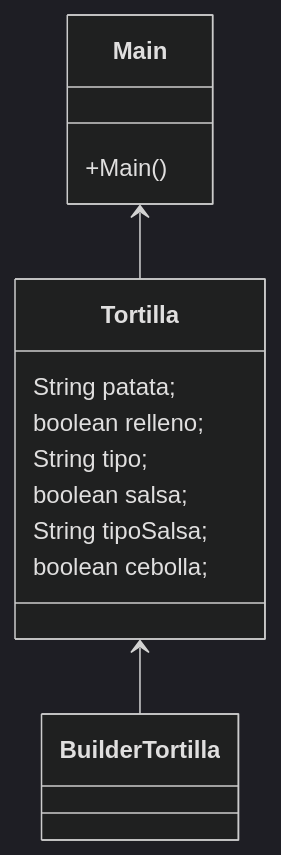
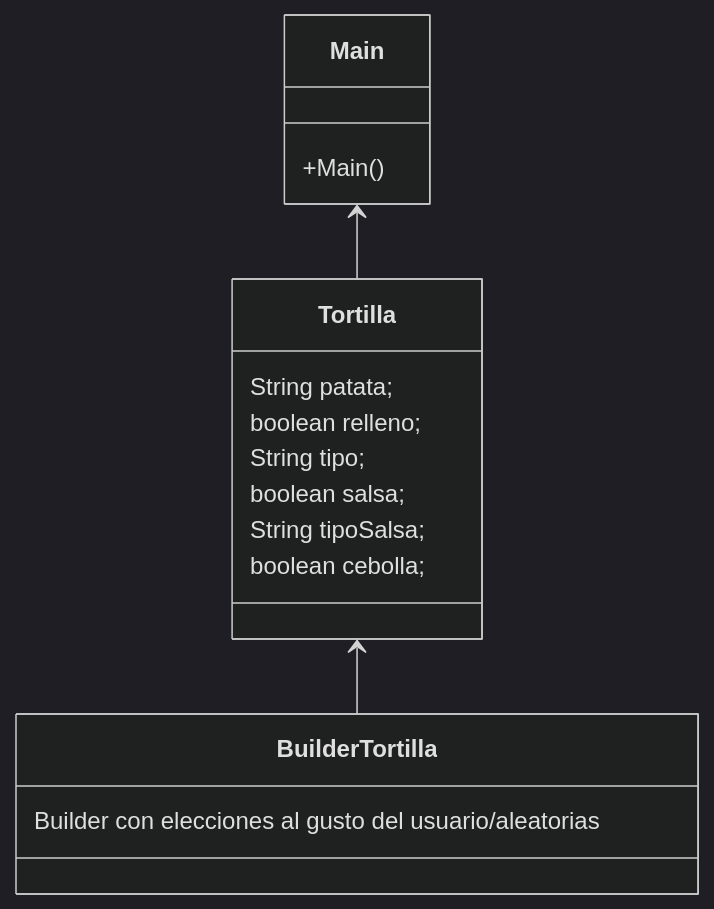
Before and after one commit to PachecoASIR/PatronBuilder: the second of 2 diagrams in README.md, drawn with Mermaid (dark theme). The commit also changed other lines of this file, not shown here.

````diff
--- a/README.md
+++ b/README.md
@@ -53,22 +54,23 @@
 ```mermaid
 classDiagram
 
     class Main{
     +Main()
     }
     
     class Tortilla{
     String patata;
     boolean relleno;
     String tipo;
     boolean salsa;
     String tipoSalsa;
     boolean cebolla;
     }
     
     class BuilderTortilla{
+        Builder con elecciones al gusto del usuario/aleatorias
     }
       
      Main <-- Tortilla
      Tortilla <-- BuilderTortilla
 ```
````
